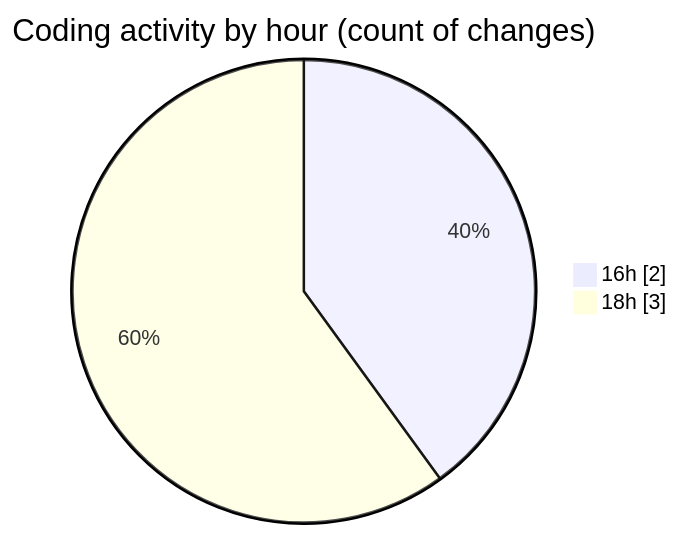
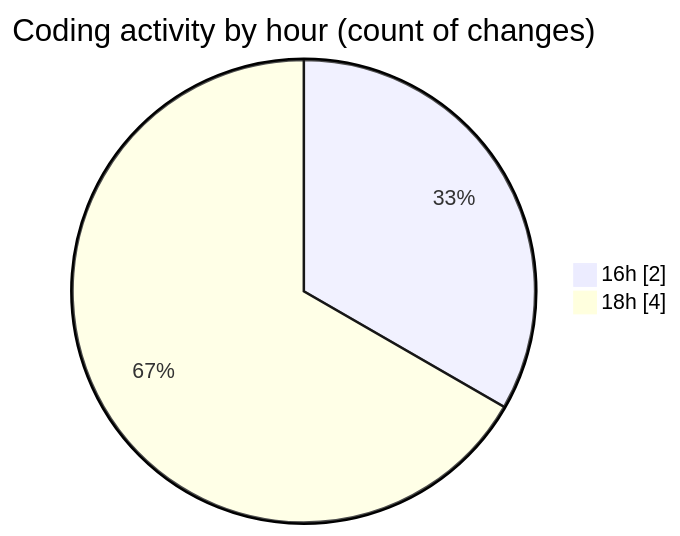
Before and after one commit to nxtqubesakshisongat/code-tracking: the second of 2 diagrams in 2026-07-08/nxtqube_webapp/README.md, drawn with Mermaid. The commit also changed other lines of this file and 1 other file, not shown here.

````diff
--- a/2026-07-08/nxtqube_webapp/README.md
+++ b/2026-07-08/nxtqube_webapp/README.md
@@ -28,6 +28,6 @@
 ```mermaid
 pie showData
 title Coding activity by hour (count of changes)
 "16h" : 2
-"18h" : 3
+"18h" : 4
 ```
````
